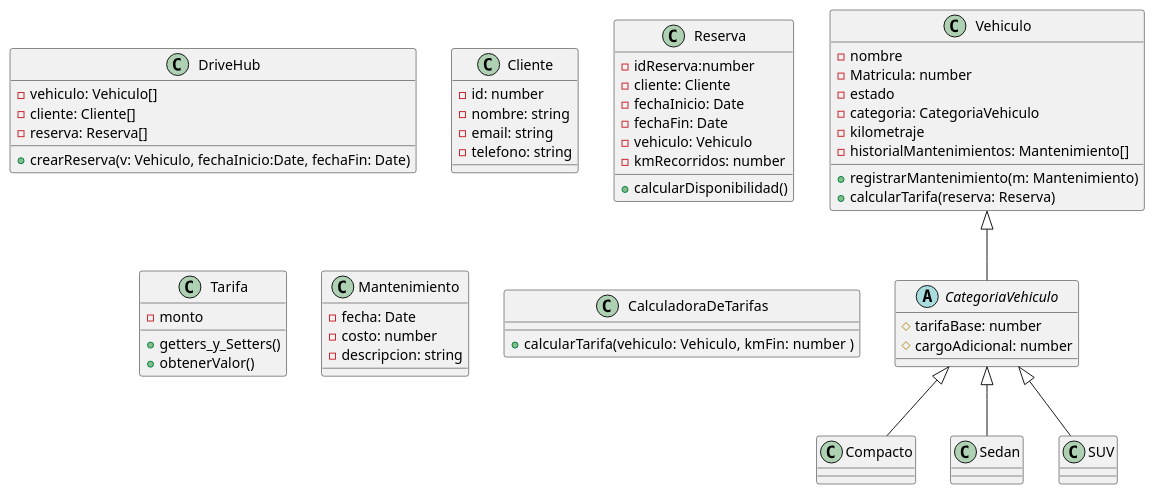
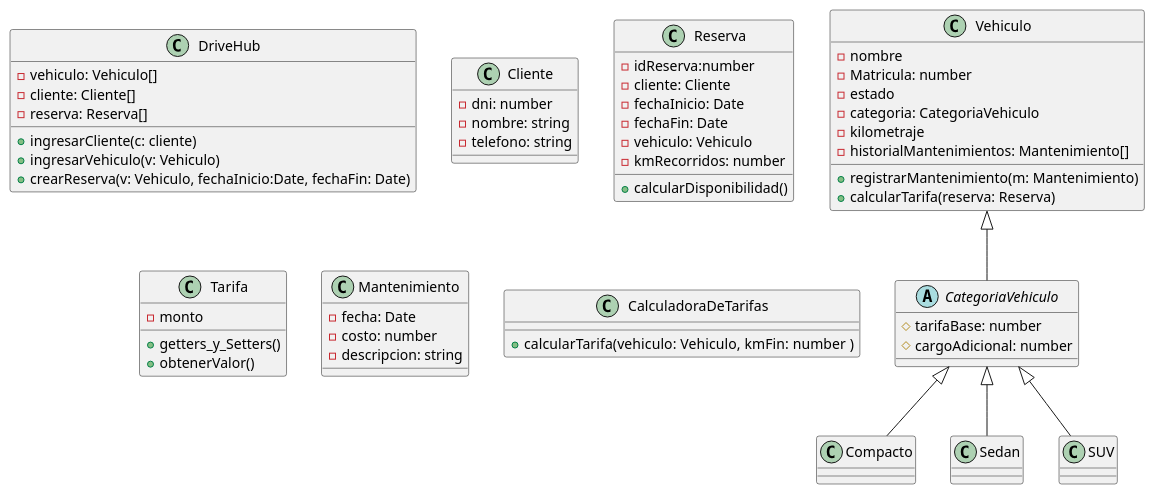
One commit to diegolacosta02/TP-Programacion-II changed the diagram in diagramas/diagrama.puml. Above: the diagram before and after it, drawn with PlantUML.

Commit message:
se cambian algunos atributos

```diff
--- a/diagramas/diagrama.puml
+++ b/diagramas/diagrama.puml
@@ -1,67 +1,69 @@
 @startuml Trabajo Practico Alquiler de Autos
 
     class DriveHub{
         - vehiculo: Vehiculo[]
         - cliente: Cliente[]
         - reserva: Reserva[]
+
+        + ingresarCliente(c: cliente)
+        + ingresarVehiculo(v: Vehiculo)
         + crearReserva(v: Vehiculo, fechaInicio:Date, fechaFin: Date)
     }
 
     class Vehiculo{
         - nombre
         - Matricula: number
         - estado
         - categoria: CategoriaVehiculo
         - kilometraje
         - historialMantenimientos: Mantenimiento[]
 
         + registrarMantenimiento(m: Mantenimiento)
         + calcularTarifa(reserva: Reserva)
     }
 
     abstract class CategoriaVehiculo extends Vehiculo{
         # tarifaBase: number
         # cargoAdicional: number
     }
     'Se utiliza la categoriaVehiculo para permitir la insercion de mas clases en el futuro
     'Logrando que al utilizar el metodo de calculadora, no tener que reescribir la calculadora
     'Para cada categoria que se añada, solo le importará la tarifa base y el cargo adicional'
     class Compacto extends CategoriaVehiculo{}
     class Sedan extends CategoriaVehiculo{}
     class SUV extends CategoriaVehiculo{}
 
     class Cliente{
-        - id: number
+        - dni: number
         - nombre: string
-        - email: string
         - telefono: string
     }
 
     class Reserva{
         - idReserva:number
         - cliente: Cliente
         - fechaInicio: Date
         - fechaFin: Date
         - vehiculo: Vehiculo
         - kmRecorridos: number
         
         + calcularDisponibilidad()
     }
 
     class Tarifa{
         - monto
         + getters_y_Setters()
         + obtenerValor()
     }
 
     class Mantenimiento{
         - fecha: Date
         - costo: number
         - descripcion: string
     }
     
     class CalculadoraDeTarifas{   
         + calcularTarifa(vehiculo: Vehiculo, kmFin: number  )
     }
 
 @enduml
```
